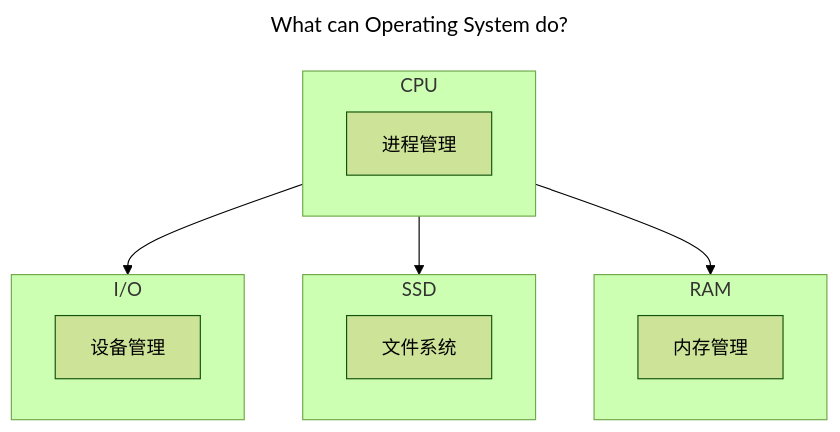
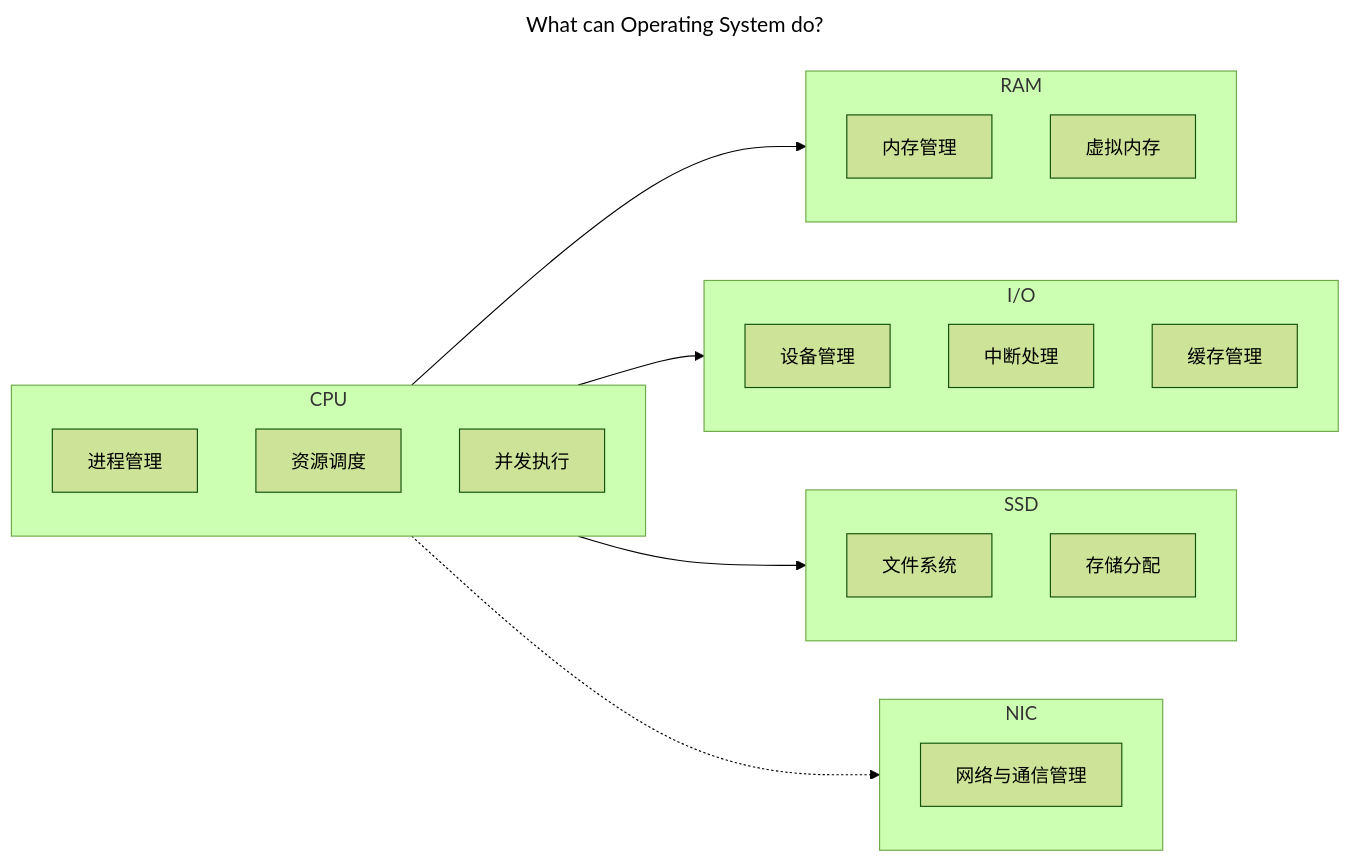
One commit to Explorer-Dong/explorer-dong.github.io changed the diagram in source/_posts/GPA/5th-term/OperatingSystem.md. Above: the diagram before and after it, drawn with Mermaid (forest theme). The commit also changed other lines of this file and 1 other file, not shown here.

````diff
--- a/source/_posts/GPA/5th-term/OperatingSystem.md
+++ b/source/_posts/GPA/5th-term/OperatingSystem.md
@@ -58,21 +58,31 @@
 ```mermaid
 ---
 title: What can Operating System do?
 ---
-graph TB
+graph LR
     subgraph CPU
     进程管理
+    资源调度
+    并发执行
+    end
+    subgraph RAM
+    内存管理
+    虚拟内存
     end
     subgraph I/O
     设备管理
+    中断处理
+    缓存管理
     end
     subgraph SSD
     文件系统
+    存储分配
     end
-    subgraph RAM
-    内存管理
+    subgraph NIC
+    网络与通信管理
     end
+    CPU --> RAM
     CPU --> I/O
     CPU --> SSD
-    CPU --> RAM
+    CPU -.-> NIC
 ```
````
